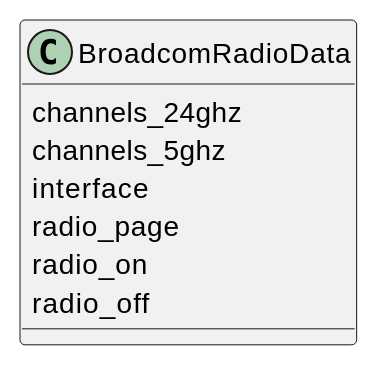
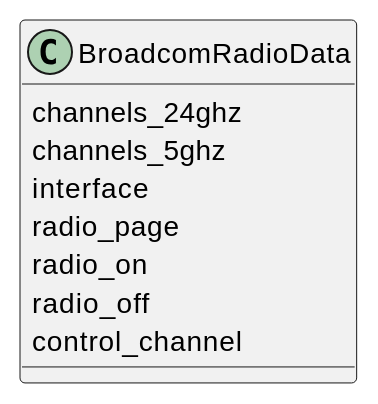
The first of 2 diagrams in apcommand/accesspoints/broadcom/commons.rst (russell-n/apcommand), drawn with PlantUML before and after one commit. The commit also changed other lines of this file and 10 other files, not shown here.

Commit message:
started to re-build the channel changer using broadcom commands

```diff
--- a/apcommand/accesspoints/broadcom/commons.rst
+++ b/apcommand/accesspoints/broadcom/commons.rst
@@ -32,8 +29,9 @@
 .. uml::
 
    BroadcomRadioData : channels_24ghz
    BroadcomRadioData : channels_5ghz
    BroadcomRadioData : interface
    BroadcomRadioData : radio_page
    BroadcomRadioData : radio_on
    BroadcomRadioData : radio_off
+   BroadcomRadioData : control_channel
```
